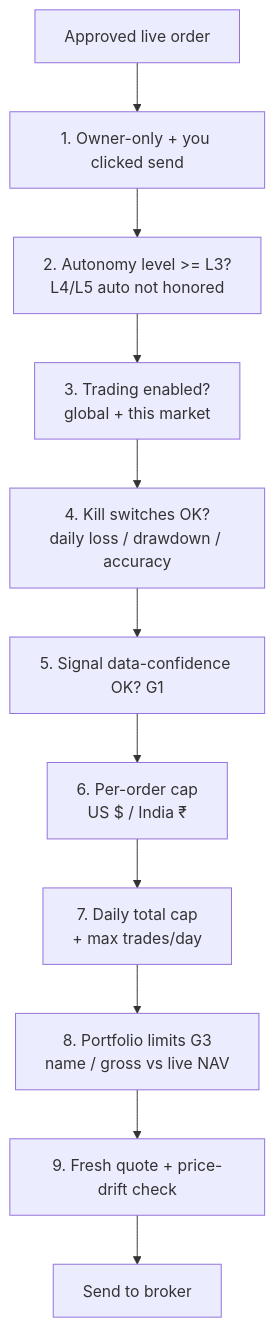
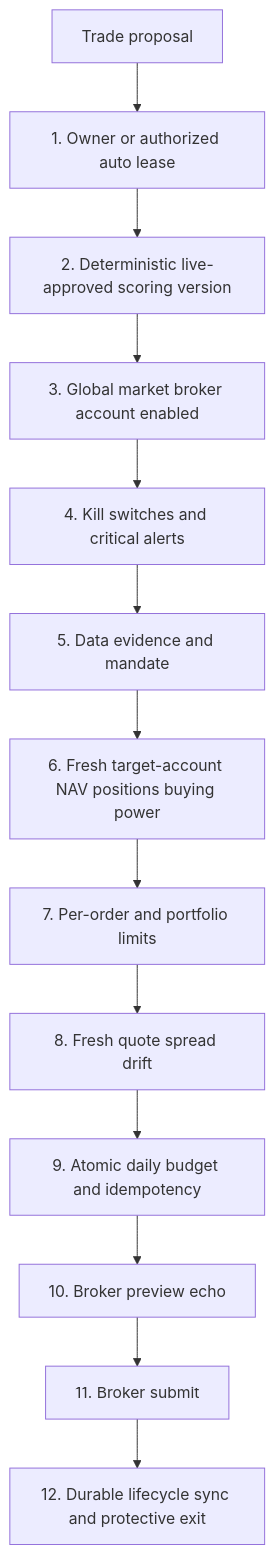
The diagram in docs/arch/08-risk-and-safety.md (vaibhavtiwarigithub/financeos), drawn with Mermaid before and after one commit. The commit also changed other lines of this file and 5 other files, not shown here.

First line of the commit message:
Docs: architecture docs, feature plans, and Codex review artifacts for scoring P0 + live auto

````diff
--- a/docs/arch/08-risk-and-safety.md
+++ b/docs/arch/08-risk-and-safety.md
@@ -11,13 +12,15 @@
 ```mermaid
 flowchart TD
-  ORDER[Approved live order] --> OWNER[1. Owner-only + you clicked send]
-  OWNER --> LADDER[2. Autonomy level >= L3?\nL4/L5 auto not honored]
-  LADDER --> ENABLED[3. Trading enabled?\nglobal + this market]
-  ENABLED --> KILL[4. Kill switches OK?\ndaily loss / drawdown / accuracy]
-  KILL --> QUALITY[5. Signal data-confidence OK? G1]
-  QUALITY --> PERORDER[6. Per-order cap\nUS $ / India ₹]
-  PERORDER --> DAILY[7. Daily total cap\n+ max trades/day]
-  DAILY --> CONCENTRATION[8. Portfolio limits G3\nname / gross vs live NAV]
-  CONCENTRATION --> DRIFT[9. Fresh quote + price-drift check]
-  DRIFT --> SEND[Send to broker]
+  INTENT[Trade proposal] --> ACTOR[1. Owner or authorized auto lease]
+  ACTOR --> VERSION[2. Deterministic live-approved scoring version]
+  VERSION --> ENABLED[3. Global market broker account enabled]
+  ENABLED --> KILL[4. Kill switches and critical alerts]
+  KILL --> QUALITY[5. Data evidence and mandate]
+  QUALITY --> ACCOUNT[6. Fresh target-account NAV positions buying power]
+  ACCOUNT --> LIMITS[7. Per-order and portfolio limits]
+  LIMITS --> QUOTE[8. Fresh quote spread drift]
+  QUOTE --> RESERVE[9. Atomic daily budget and idempotency]
+  RESERVE --> PREVIEW[10. Broker preview echo]
+  PREVIEW --> SEND[11. Broker submit]
+  SEND --> RECON[12. Durable lifecycle sync and protective exit]
 ```
````
